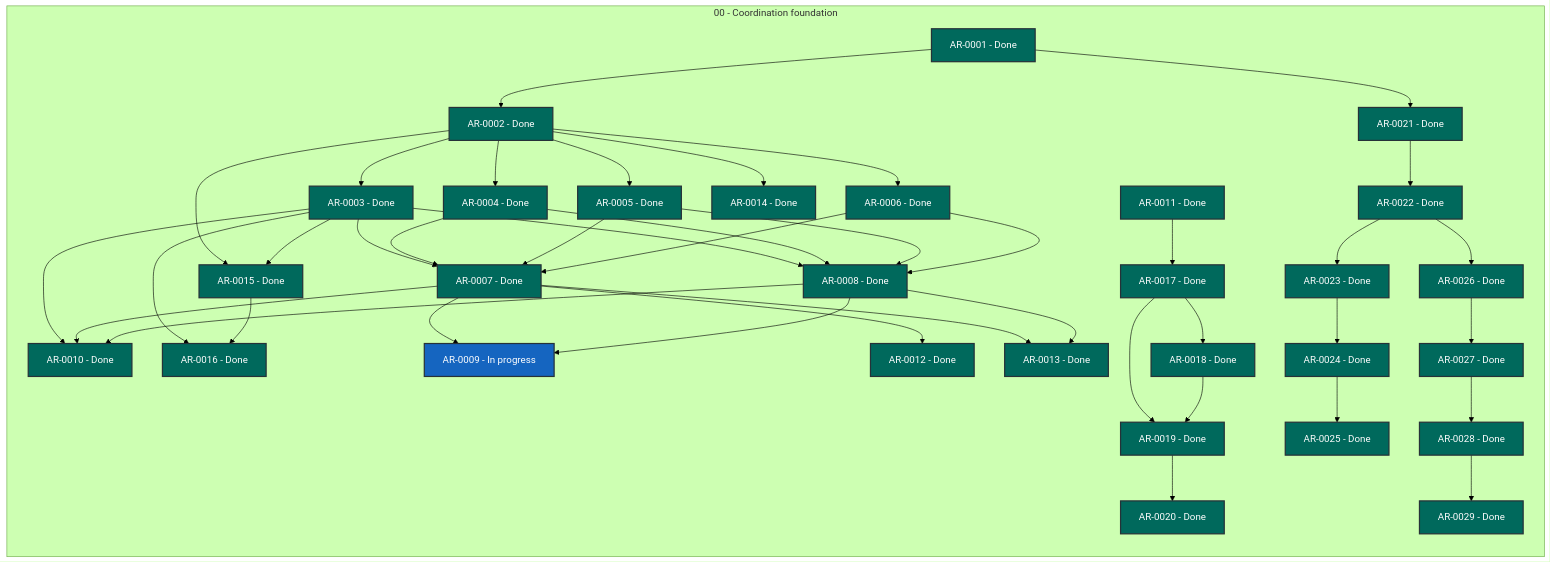
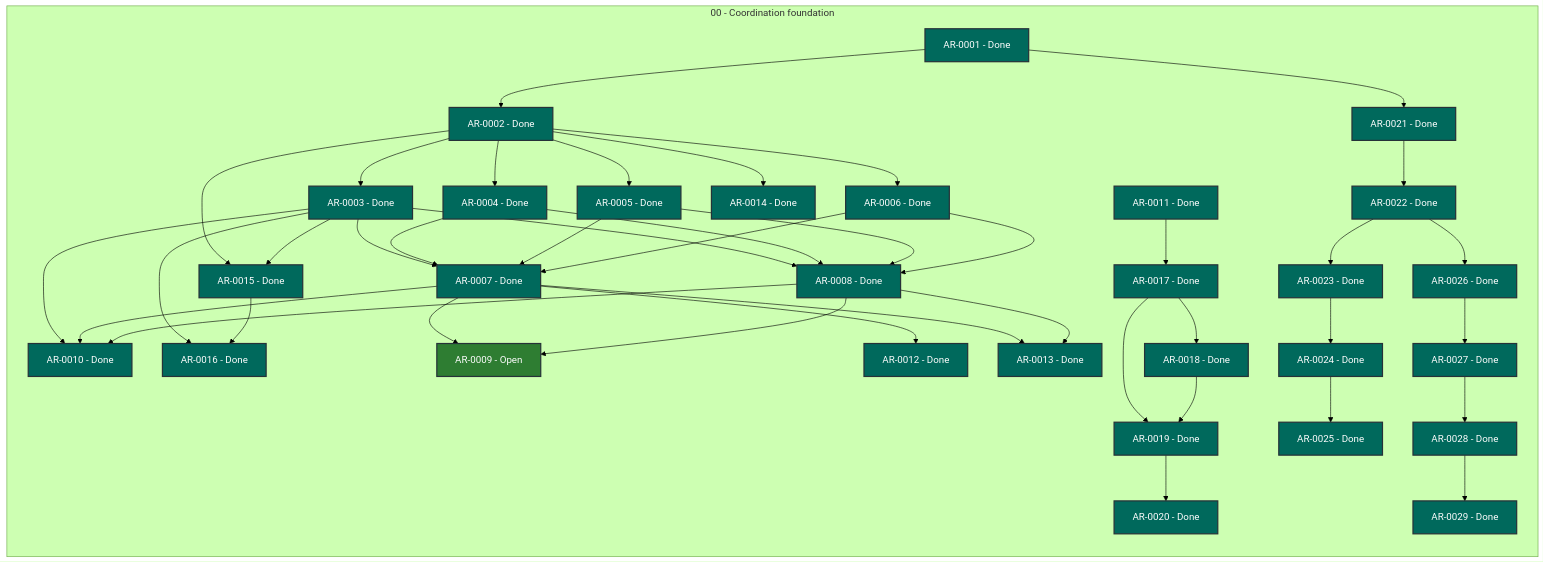
The diagram in STATUS.md (martin-beck/agent-workflow-coordinator-state), drawn with Mermaid (forest theme) before and after one commit. The commit also changed other lines of this file and 2 other files, not shown here.

```diff
--- a/STATUS.md
+++ b/STATUS.md
@@ -36,7 +36,7 @@
         AR_0006["AR-0006 - Done"]:::status_done
         AR_0007["AR-0007 - Done"]:::status_done
         AR_0008["AR-0008 - Done"]:::status_done
-        AR_0009["AR-0009 - In progress"]:::status_in_progress
+        AR_0009["AR-0009 - Open"]:::status_open
         AR_0010["AR-0010 - Done"]:::status_done
         AR_0011["AR-0011 - Done"]:::status_done
         AR_0012["AR-0012 - Done"]:::status_done
```
